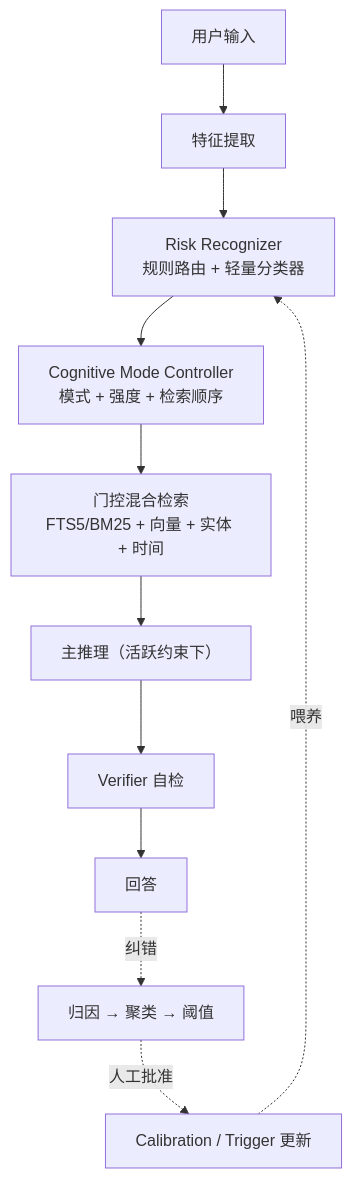
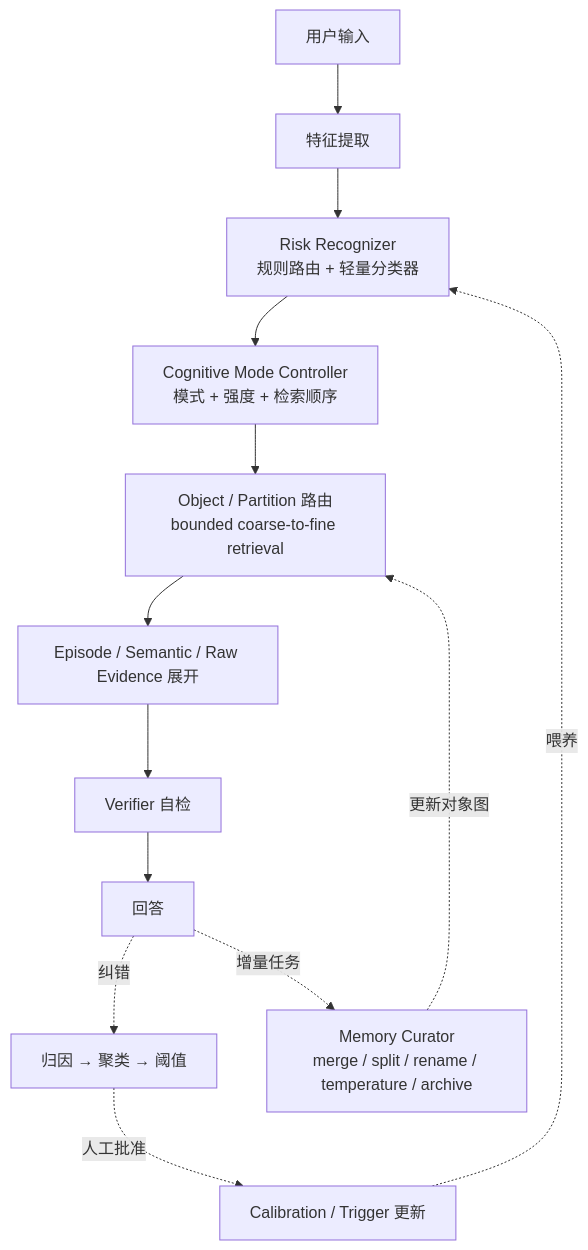
The first of 3 diagrams in README.md (MattSureham/memoryd), drawn with Mermaid before and after one commit. The commit also changed other lines of this file and 34 other files, not shown here.

Commit message:
feat: add adaptive self-evolving memory architecture

````diff
--- a/README.md
+++ b/README.md
@@ -13,13 +13,15 @@
 ```mermaid
 flowchart TD
     A["用户输入"] --> B["特征提取"]
     B --> C["Risk Recognizer<br/>规则路由 + 轻量分类器"]
     C --> D["Cognitive Mode Controller<br/>模式 + 强度 + 检索顺序"]
-    D --> E["门控混合检索<br/>FTS5/BM25 + 向量 + 实体 + 时间"]
-    E --> F["主推理（活跃约束下）"]
+    D --> E["Object / Partition 路由<br/>bounded coarse-to-fine retrieval"]
+    E --> F["Episode / Semantic / Raw Evidence 展开"]
     F --> G["Verifier 自检"]
     G --> H["回答"]
     H -. "纠错" .-> I["归因 → 聚类 → 阈值"]
     I -. "人工批准" .-> J["Calibration / Trigger 更新"]
     J -. "喂养" .-> C
+    H -. "增量任务" .-> K["Memory Curator<br/>merge / split / rename / temperature / archive"]
+    K -. "更新对象图" .-> E
 ```
````
